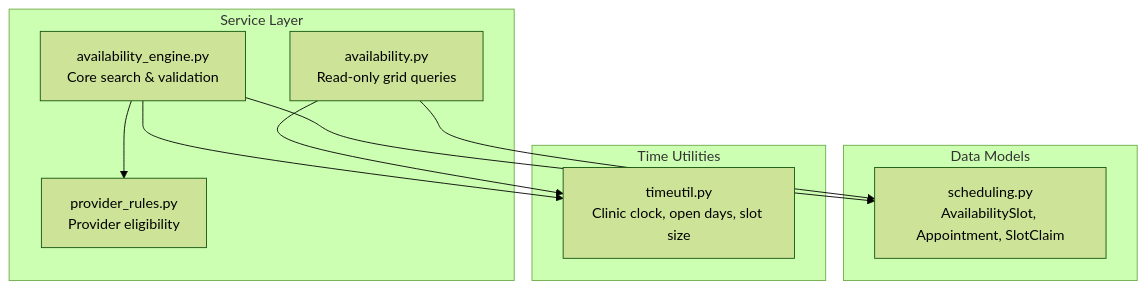
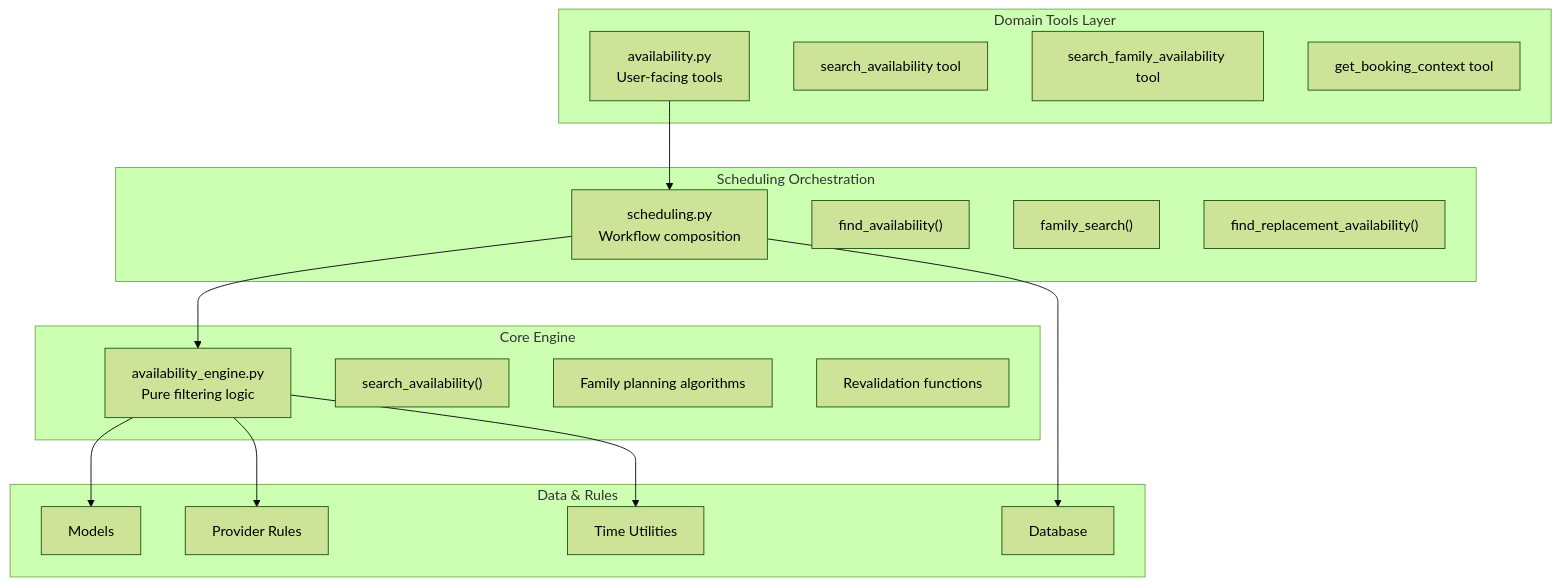
Before and after one commit to gokulkaarthicks/dental-chatbot: the first of 6 diagrams in .qoder/repowiki/en/content/Scheduling System/Availability Calculation Engine.md, drawn with Mermaid (forest theme). The commit also changed other lines of this file and 280 other files, not shown here.

````diff
--- a/.qoder/repowiki/en/content/Scheduling System/Availability Calculation Engine.md
+++ b/.qoder/repowiki/en/content/Scheduling System/Availability Calculation Engine.md
@@ -31,19 +46,33 @@
 ```mermaid
 graph TB
-subgraph "Service Layer"
-AE["availability_engine.py<br/>Core search & validation"]
-AV["availability.py<br/>Read-only grid queries"]
-PR["provider_rules.py<br/>Provider eligibility"]
+subgraph "Domain Tools Layer"
+DT["availability.py<br/>User-facing tools"]
+SA["search_availability tool"]
+FA["search_family_availability tool"]
+BC["get_booking_context tool"]
 end
-subgraph "Data Models"
-SCH["scheduling.py<br/>AvailabilitySlot, Appointment, SlotClaim"]
+subgraph "Scheduling Orchestration"
+SO["scheduling.py<br/>Workflow composition"]
+FAV["find_availability()"]
+FAM["family_search()"]
+RPL["find_replacement_availability()"]
 end
-subgraph "Time Utilities"
-TU["timeutil.py<br/>Clinic clock, open days, slot size"]
+subgraph "Core Engine"
+AE["availability_engine.py<br/>Pure filtering logic"]
+SE["search_availability()"]
+FB["Family planning algorithms"]
+RV["Revalidation functions"]
 end
+subgraph "Data & Rules"
+M["Models"]
+PR["Provider Rules"]
+TU["Time Utilities"]
+DB["Database"]
+end
+DT --> SO
+SO --> AE
+AE --> M
 AE --> PR
-AE --> SCH
 AE --> TU
-AV --> SCH
-AV --> TU
+SO --> DB
 ```
````
